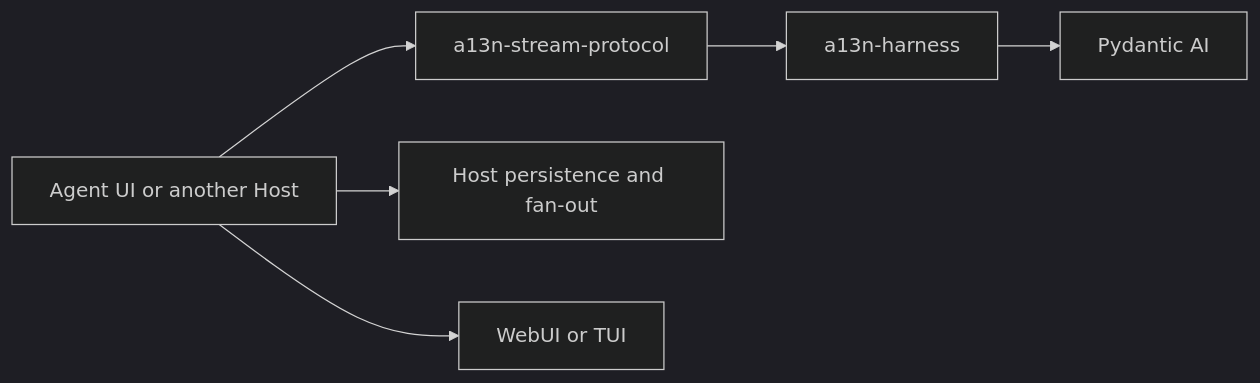
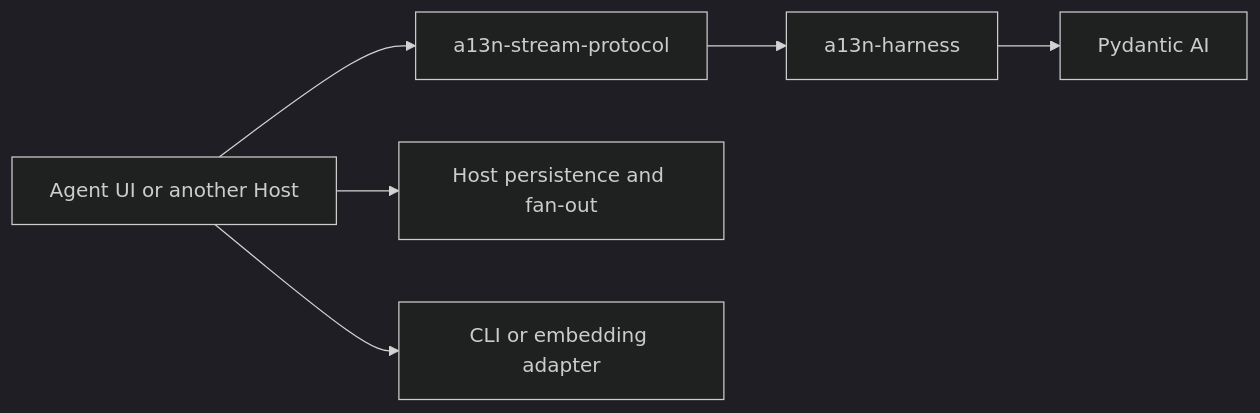
The diagram in spec/agent-stream-protocol/00-overview.md (LTThreeComma/agent-foundation), drawn with Mermaid (dark theme) before and after one commit. The commit also changed other lines of this file and 213 other files, not shown here.

First line of the commit message:
feat(agent-ui): deliver native CLI and preserve bundled WebUI (#211)

````diff
--- a/spec/agent-stream-protocol/00-overview.md
+++ b/spec/agent-stream-protocol/00-overview.md
@@ -27,8 +27,8 @@
 ```mermaid
 flowchart LR
     Host[Agent UI or another Host] --> Protocol[a13n-stream-protocol]
     Protocol --> Harness[a13n-harness]
     Harness --> Pydantic[Pydantic AI]
     Host --> Store[Host persistence and fan-out]
-    Host --> Surface[WebUI or TUI]
+    Host --> Surface[CLI or embedding adapter]
 ```
````
